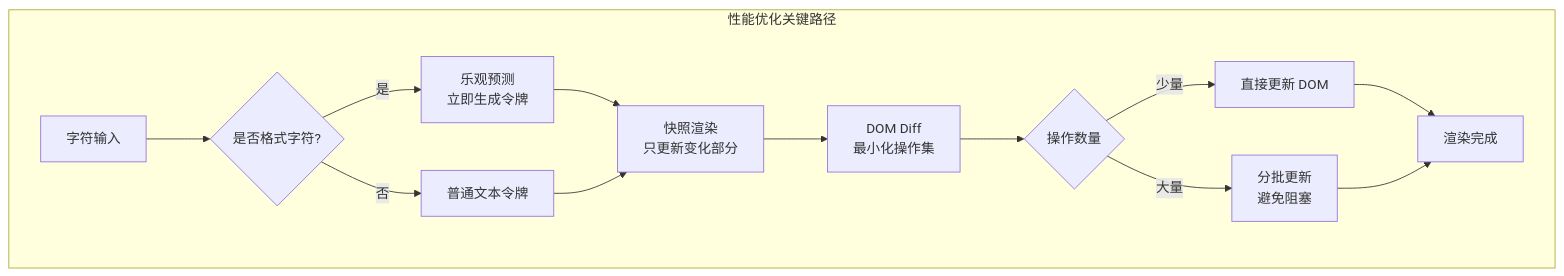
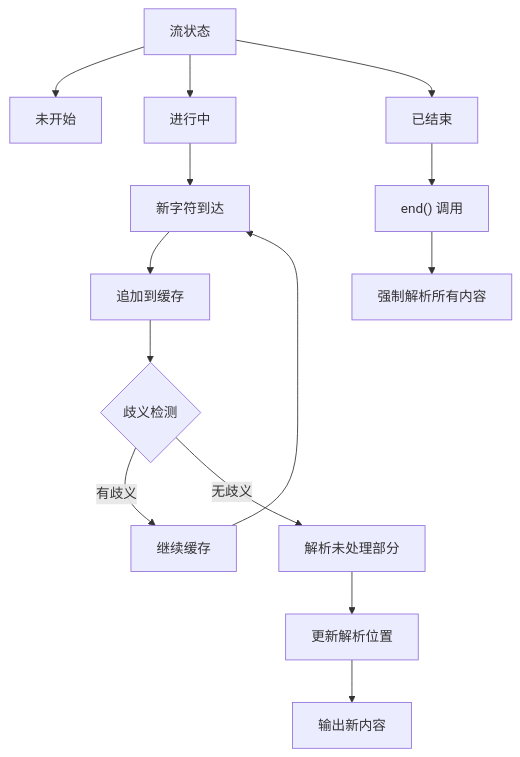
The third of 9 diagrams in ARCHITECTURE.md (yarnovo/markdown-river), drawn with Mermaid before and after one commit. The commit also changed other lines of this file and 5 other files, not shown here.

Commit message:
feat: 启用 Claude 内存配置，更新 ARCHITECTURE.md 和 README.md 文档，优化描述以提升用户理解，确保流式 Markdown 渲染的无闪烁体验和组件的清晰性。同时，删除不再使用的博客文档，简化项目结构。

````diff
--- a/ARCHITECTURE.md
+++ b/ARCHITECTURE.md
@@ -491,20 +199,20 @@
 ```mermaid
-flowchart TD
-    subgraph "性能优化关键路径"
-        A[字符输入] --> B{是否格式字符?}
-        B -->|是| C[乐观预测<br/>立即生成令牌]
-        B -->|否| D[普通文本令牌]
+graph TB
+    A[流状态] --> B[未开始]
+    A --> C[进行中]
+    A --> D[已结束]
 
-        C --> E[快照渲染<br/>只更新变化部分]
-        D --> E
+    C --> E[新字符到达]
+    E --> F[追加到缓存]
+    F --> G{歧义检测}
 
-        E --> F[DOM Diff<br/>最小化操作集]
-        F --> G{操作数量}
+    G -->|有歧义| H[继续缓存]
+    G -->|无歧义| I[解析未处理部分]
 
-        G -->|少量| H[直接更新 DOM]
-        G -->|大量| I[分批更新<br/>避免阻塞]
+    H --> E
+    I --> J[更新解析位置]
+    J --> K[输出新内容]
 
-        H --> J[渲染完成]
-        I --> J
-    end
+    D --> L["end() 调用"]
+    L --> M[强制解析所有内容]
 ```
````
